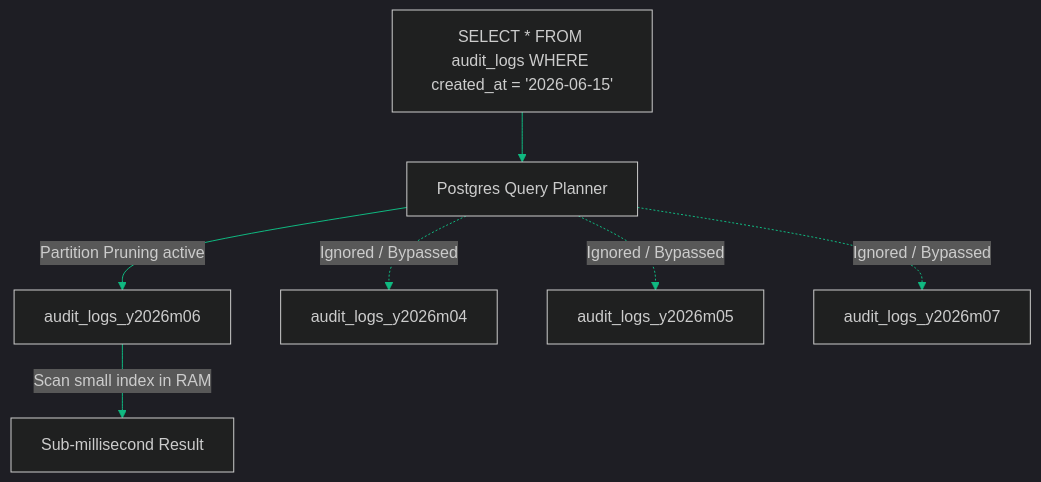
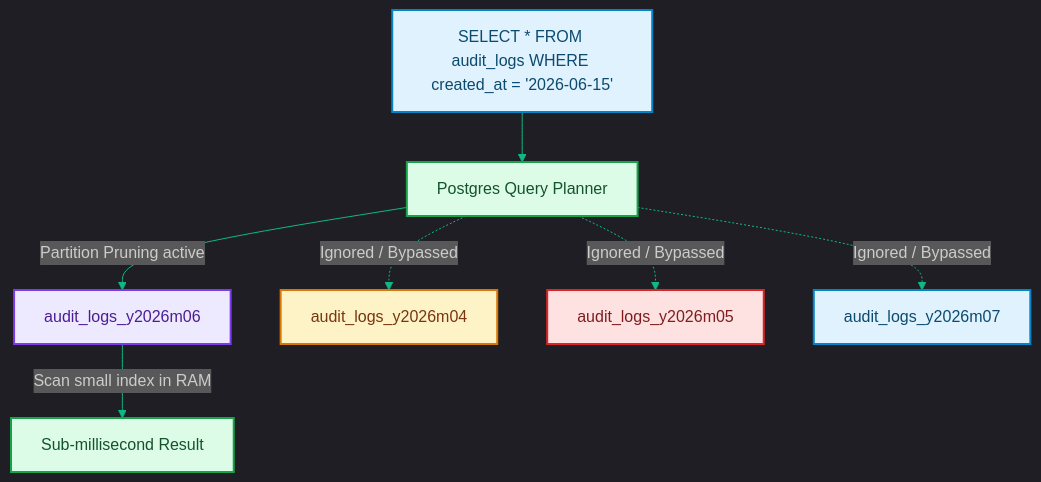
The diagram in blog/posts/postgres-partitioning-at-scale-high-write-loads.md (akmalkhaniub/akmalkhaniub.github.io), drawn with Mermaid before and after one commit. The commit also changed other lines of this file and 1291 other files, not shown here.

First line of the commit message:
feat(catalog): unique covers, scholarly references, and diagram palettes

````diff
--- a/blog/posts/postgres-partitioning-at-scale-high-write-loads.md
+++ b/blog/posts/postgres-partitioning-at-scale-high-write-loads.md
@@ -15,12 +15,23 @@
 ```mermaid
 %%{init: {'theme': 'dark', 'themeVariables': { 'primaryColor': '#10b981', 'primaryTextColor': '#f3f4f6', 'primaryBorderColor': '#34d399', 'lineColor': '#10b981', 'secondaryColor': '#111827', 'tertiaryColor': '#0b0f19'}}}%%
 flowchart TD
-    Query[SELECT * FROM audit_logs WHERE created_at = '2026-06-15'] --> Planner[Postgres Query Planner]
+    Query["SELECT * FROM audit_logs WHERE created_at = '2026-06-15'"] --> Planner["Postgres Query Planner"]
     
-    Planner -->|Partition Pruning active| TargetPartition[audit_logs_y2026m06]
-    Planner -.->|Ignored / Bypassed| Partition1[audit_logs_y2026m04]
-    Planner -.->|Ignored / Bypassed| Partition2[audit_logs_y2026m05]
-    Planner -.->|Ignored / Bypassed| Partition3[audit_logs_y2026m07]
+    Planner -->|Partition Pruning active| TargetPartition["audit_logs_y2026m06"]
+    Planner -.->|Ignored / Bypassed| Partition1["audit_logs_y2026m04"]
+    Planner -.->|Ignored / Bypassed| Partition2["audit_logs_y2026m05"]
+    Planner -.->|Ignored / Bypassed| Partition3["audit_logs_y2026m07"]
 
-    TargetPartition -->|Scan small index in RAM| Output[Sub-millisecond Result]
+    TargetPartition -->|Scan small index in RAM| Output["Sub-millisecond Result"]
+
+classDef green fill:#dcfce7,stroke:#16a34a,stroke-width:2px,color:#14532d;
+classDef red fill:#fee2e2,stroke:#dc2626,stroke-width:2px,color:#7f1d1d;
+classDef blue fill:#e0f2fe,stroke:#0284c7,stroke-width:2px,color:#0c4a6e;
+classDef yellow fill:#fef3c7,stroke:#d97706,stroke-width:2px,color:#78350f;
+classDef purple fill:#ede9fe,stroke:#7c3aed,stroke-width:2px,color:#4c1d95;
+class Query,Partition3 blue
+class Planner,Output green
+class TargetPartition purple
+class Partition1 yellow
+class Partition2 red
 ```
````
